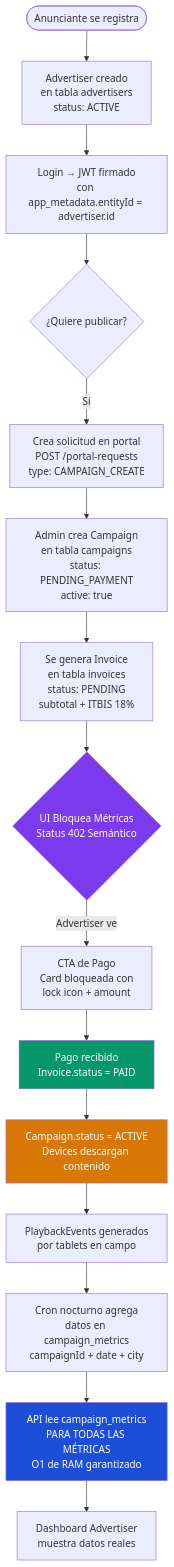
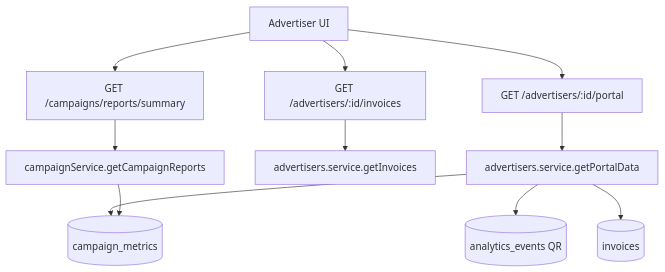
One commit to tadtaxiadvertising/tad-dooh-platform changed the diagram in 11_advertiser_data_flow_v12.md. Above: the diagram before and after it, drawn with Mermaid. The commit also changed other lines of this file and 8 other files, not shown here.

Commit message:
feat(advertiser): remove mock billing/report data and add reusable zero states

````diff
--- a/11_advertiser_data_flow_v12.md
+++ b/11_advertiser_data_flow_v12.md
@@ -12,28 +4,13 @@
 ```mermaid
 flowchart TD
-    A([Anunciante se registra]) --> B[Advertiser creado\nen tabla advertisers\nstatus: ACTIVE]
-    B --> C[Login → JWT firmado\ncon app_metadata.entityId = advertiser.id]
-
-    C --> D{¿Quiere publicar?}
-    D -->|Sí| E[Crea solicitud en portal\nPOST /portal-requests\ntype: CAMPAIGN_CREATE]
-
-    E --> F[Admin crea Campaign\nen tabla campaigns\nstatus: PENDING_PAYMENT\nactive: true]
-    F --> G[Se genera Invoice\nen tabla invoices\nstatus: PENDING\nsubtotal + ITBIS 18%]
-
-    G --> H{UI Bloquea Métricas\nStatus 402 Semántico}
-    H -->|Advertiser ve| I[CTA de Pago\nCard bloqueada con\nlock icon + amount]
-
-    I --> J[Pago recibido\nInvoice.status = PAID]
-    J --> K[Campaign.status = ACTIVE\nDevices descargan contenido]
-
-    K --> L[PlaybackEvents generados\npor tablets en campo]
-    L --> M[Cron nocturno agrega\ndatos en campaign_metrics\ncampaignId + date + city]
-
-    M --> N[API lee campaign_metrics\nPARA TODAS LAS MÉTRICAS\nO1 de RAM garantizado]
-    N --> O[Dashboard Advertiser\nmuestra datos reales]
-
-    style H fill:#7C3AED,color:#fff
-    style J fill:#059669,color:#fff
-    style K fill:#D97706,color:#fff
-    style N fill:#1D4ED8,color:#fff
+  A[Advertiser UI] --> B[GET /advertisers/:id/portal]
+  A --> C[GET /advertisers/:id/invoices]
+  A --> D[GET /campaigns/reports/summary]
+  B --> E[advertisers.service.getPortalData]
+  C --> F[advertisers.service.getInvoices]
+  D --> G[campaignService.getCampaignReports]
+  E --> H[(campaign_metrics)]
+  E --> I[(analytics_events QR)]
+  E --> J[(invoices)]
+  G --> H
 ```
````
